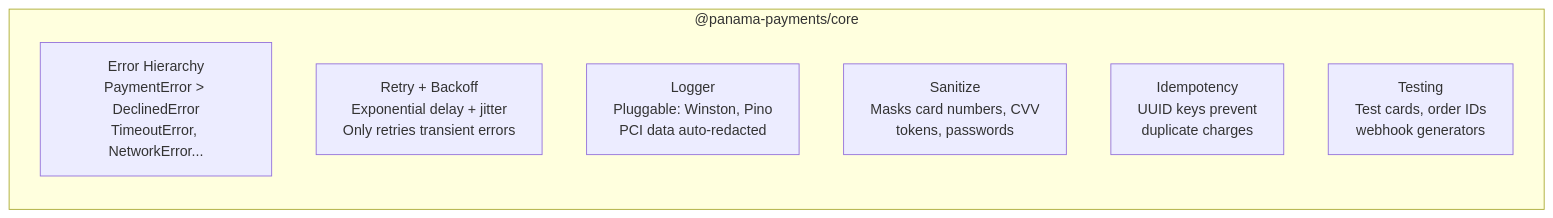
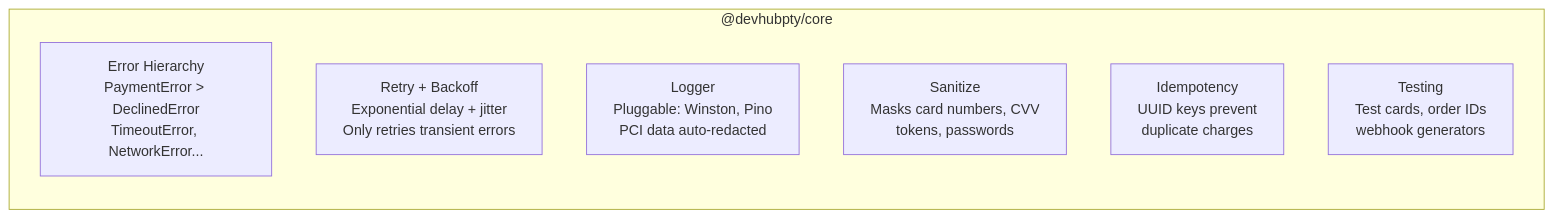
The second of 3 diagrams in README.md (captainsparrow10/panama-payment-methos), drawn with Mermaid before and after one commit. The commit also changed other lines of this file and 87 other files, not shown here.

````diff
--- a/README.md
+++ b/README.md
@@ -140,11 +140,11 @@
 ```mermaid
 flowchart LR
-    subgraph "@panama-payments/core"
+    subgraph "@devhubpty/core"
         A["Error Hierarchy\nPaymentError > DeclinedError\nTimeoutError, NetworkError..."]
         B["Retry + Backoff\nExponential delay + jitter\nOnly retries transient errors"]
         C["Logger\nPluggable: Winston, Pino\nPCI data auto-redacted"]
         D["Sanitize\nMasks card numbers, CVV\ntokens, passwords"]
         E["Idempotency\nUUID keys prevent\nduplicate charges"]
         F["Testing\nTest cards, order IDs\nwebhook generators"]
     end
 ```
````
